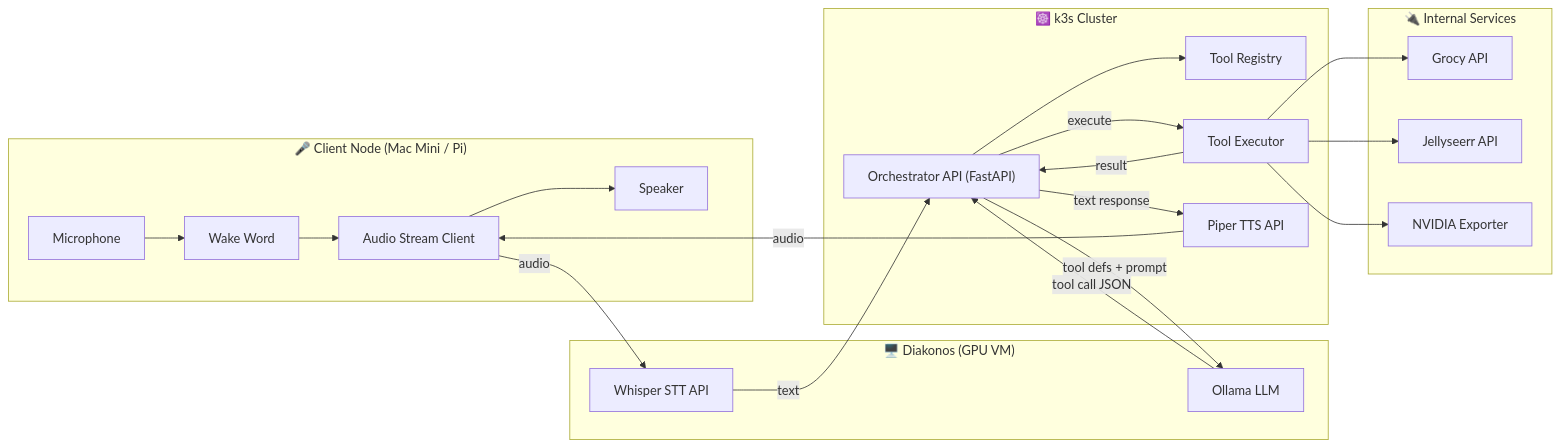
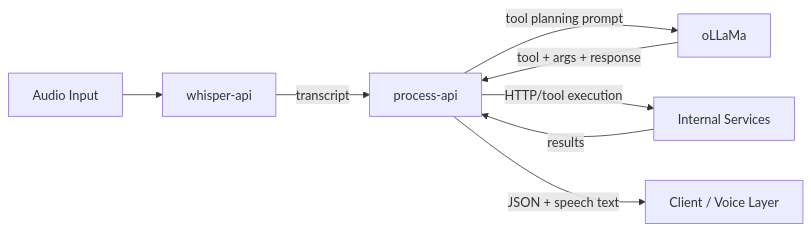
The first of 3 diagrams in docs/ARCHITECTURE.md (psyeo2/Clankassist), drawn with Mermaid before and after one commit. The commit also changed other lines of this file and 3 other files, not shown here.

````diff
--- a/docs/ARCHITECTURE.md
+++ b/docs/ARCHITECTURE.md
@@ -5,53 +18,11 @@
 ```mermaid
 flowchart LR
 
-%% CLIENT LAYER
-subgraph Client["🎤 Client Node (Mac Mini / Pi)"]
-    mic[Microphone]
-    wake[Wake Word]
-    stream[Audio Stream Client]
-    speaker[Speaker]
-end
-
-%% GPU SERVER
-subgraph Diakonos["🖥️ Diakonos (GPU VM)"]
-    stt[Whisper STT API]
-    llm[Ollama LLM]
-end
-
-%% K3S CLUSTER
-subgraph K3s["☸️ k3s Cluster"]
-    orchestrator["Orchestrator API (FastAPI)"]
-    registry[Tool Registry]
-    executor[Tool Executor]
-    tts[Piper TTS API]
-end
-
-%% SERVICES
-subgraph Services["🔌 Internal Services"]
-    grocy[Grocy API]
-    jellyseer[Jellyseerr API]
-    gpu[NVIDIA Exporter]
-end
-
-%% FLOW
-mic --> wake
-wake --> stream
-stream -->|audio| stt
-
-stt -->|text| orchestrator
-orchestrator -->|tool defs + prompt| llm
-llm -->|tool call JSON| orchestrator
-
-orchestrator --> registry
-orchestrator -->|execute| executor
-
-executor --> grocy
-executor --> jellyseer
-executor --> gpu
-
-executor -->|result| orchestrator
-orchestrator -->|text response| tts
-tts -->|audio| stream
-stream --> speaker
+audio[Audio Input] --> whisper[whisper-api]
+whisper -->|transcript| process[process-api]
+process -->|tool planning prompt| ollama[oLLaMa]
+ollama -->|tool + args + response| process
+process -->|HTTP/tool execution| services[Internal Services]
+services -->|results| process
+process -->|JSON + speech text| caller[Client / Voice Layer]
 ```
````
